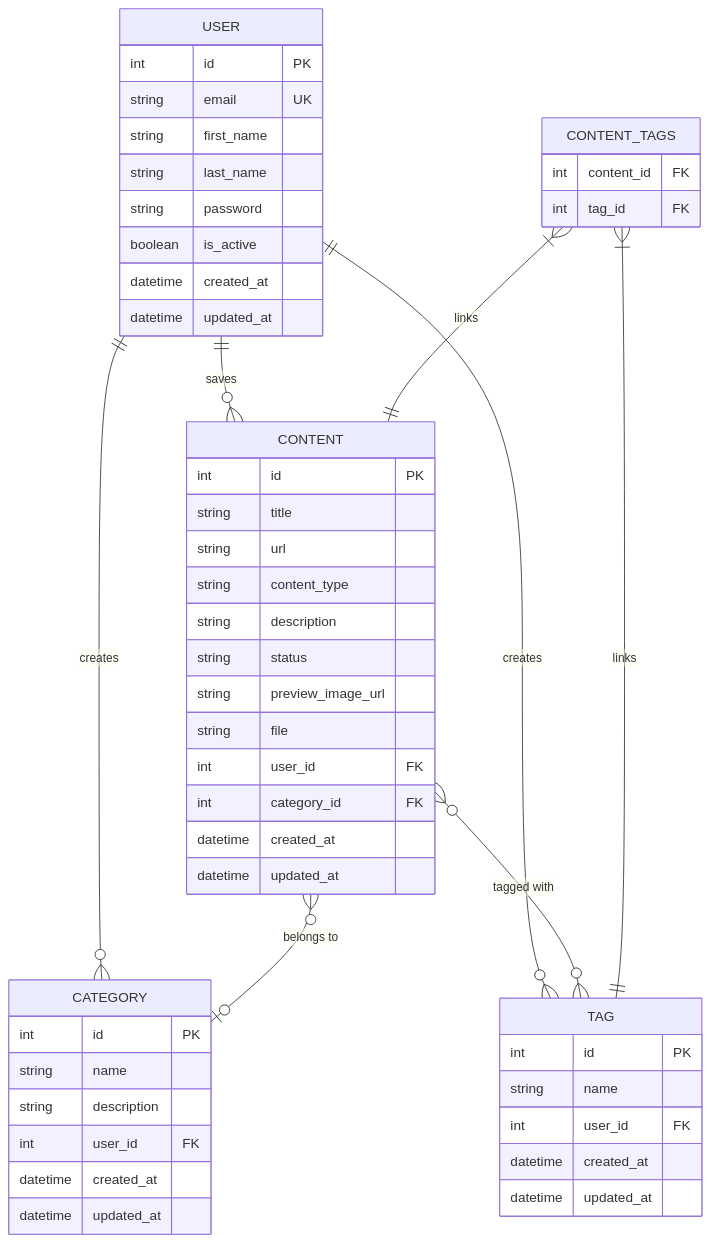
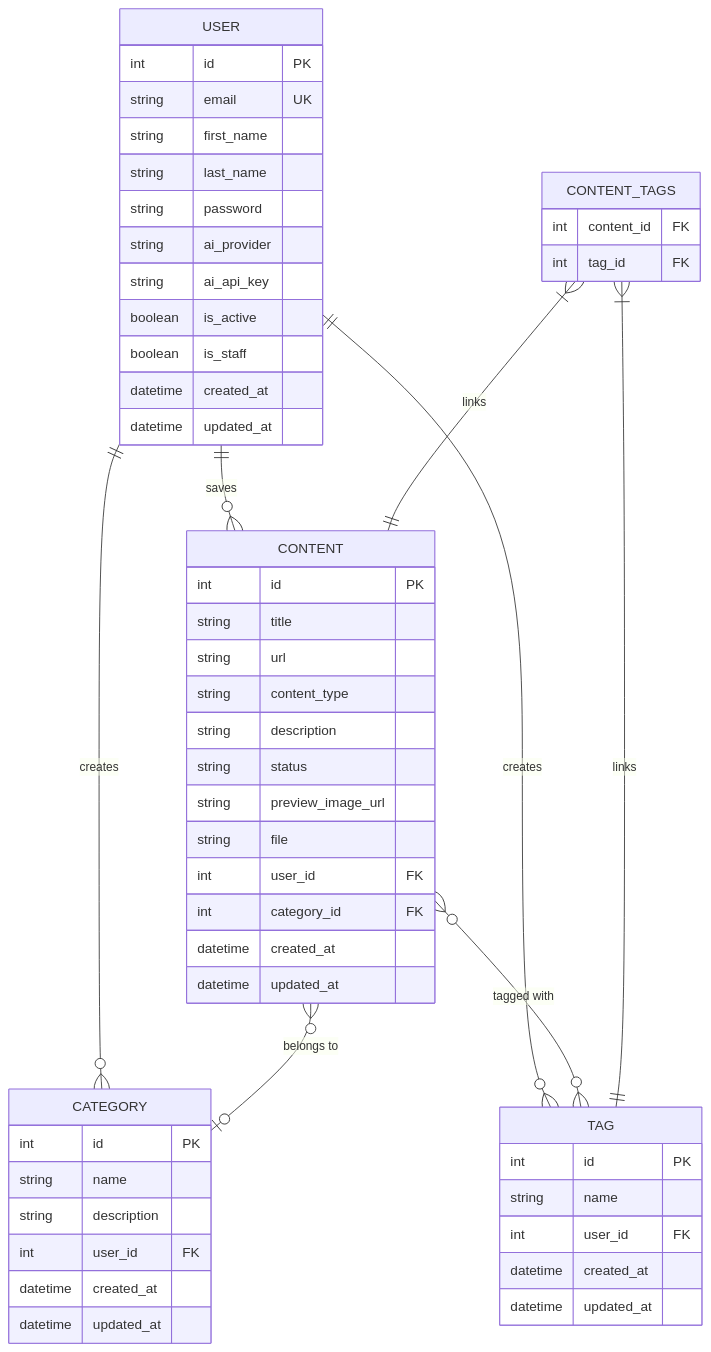
One commit to paulocoliveira/studyhub changed the second of 2 diagrams in PRD.md. Above: the diagram before and after it, drawn with Mermaid. The commit also changed other lines of this file and 1 other file, not shown here.

````diff
--- a/PRD.md
+++ b/PRD.md
@@ -264,58 +273,61 @@
 ```mermaid
 erDiagram
     USER {
         int id PK
         string email UK
         string first_name
         string last_name
         string password
+        string ai_provider
+        string ai_api_key
         boolean is_active
+        boolean is_staff
         datetime created_at
         datetime updated_at
     }
 
     CATEGORY {
         int id PK
         string name
         string description
         int user_id FK
         datetime created_at
         datetime updated_at
     }
 
     TAG {
         int id PK
         string name
         int user_id FK
         datetime created_at
         datetime updated_at
     }
 
 CONTENT {
         int id PK
         string title
         string url
         string content_type
         string description
         string status
         string preview_image_url
         string file
         int user_id FK
         int category_id FK
         datetime created_at
         datetime updated_at
     }
 
     CONTENT_TAGS {
         int content_id FK
         int tag_id FK
     }
 
     USER ||--o{ CONTENT : "saves"
     USER ||--o{ CATEGORY : "creates"
     USER ||--o{ TAG : "creates"
     CONTENT }o--o| CATEGORY : "belongs to"
     CONTENT }o--o{ TAG : "tagged with"
     CONTENT_TAGS }|--|| CONTENT : "links"
     CONTENT_TAGS }|--|| TAG : "links"
 ```
````
